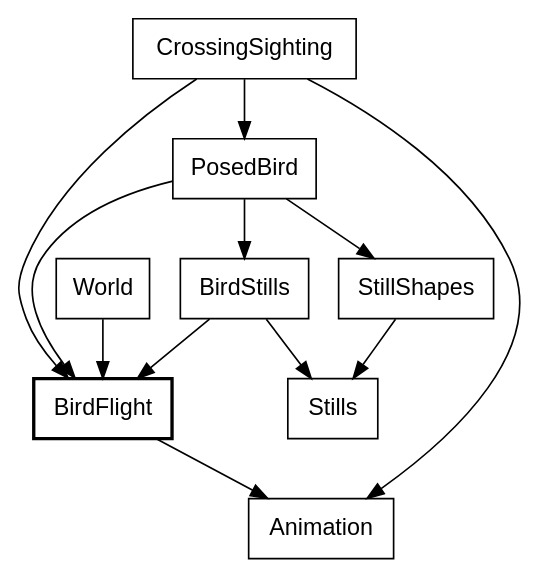
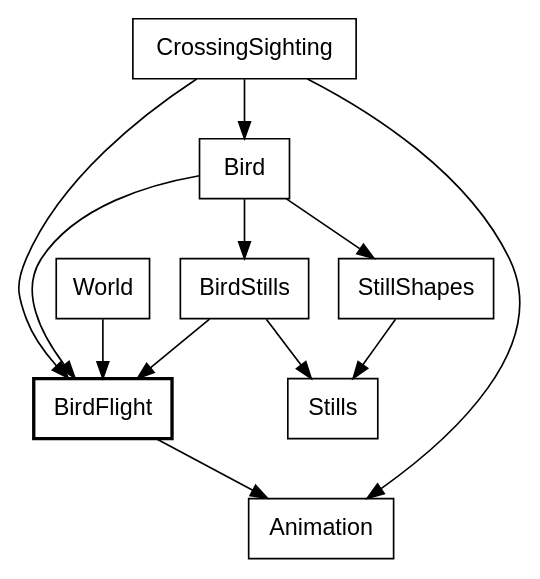
One commit to showell/roc-apps changed diagram 26 of 35 in canvas_apps/safari/tutorial/tutorial.md. Above: the diagram before and after it, drawn with Graphviz. The commit also changed other lines of this file and 10 other files, not shown here.

First line of the commit message:
Safari: PosedBird becomes Bird

````diff
--- a/canvas_apps/safari/tutorial/tutorial.md
+++ b/canvas_apps/safari/tutorial/tutorial.md
@@ -2310,17 +2310,17 @@
 ```dot
 digraph bird {
   node [shape=box, fontname="Helvetica"];
   BirdFlight [style=bold];
   World -> BirdFlight;
   CrossingSighting -> BirdFlight;
-  CrossingSighting -> PosedBird;
+  CrossingSighting -> Bird;
   CrossingSighting -> Animation;
-  PosedBird -> BirdFlight;
-  PosedBird -> BirdStills;
-  PosedBird -> StillShapes;
+  Bird -> BirdFlight;
+  Bird -> BirdStills;
+  Bird -> StillShapes;
   BirdStills -> BirdFlight;
   BirdStills -> Stills;
   StillShapes -> Stills;
   BirdFlight -> Animation;
 }
 ```
````
